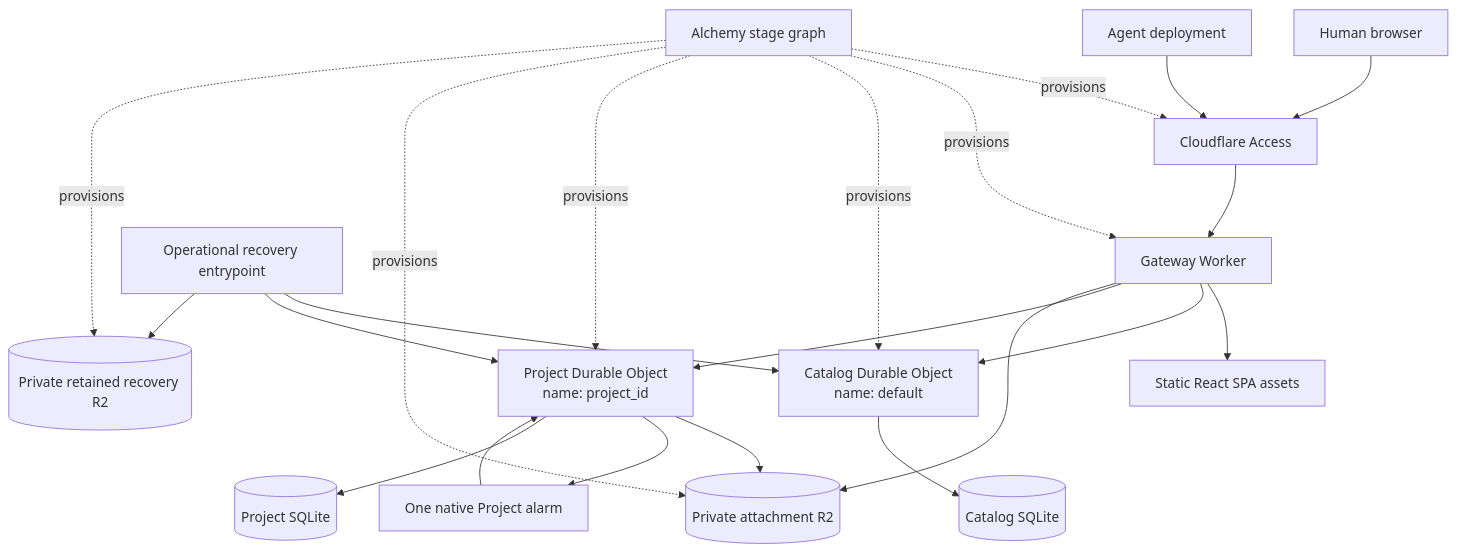
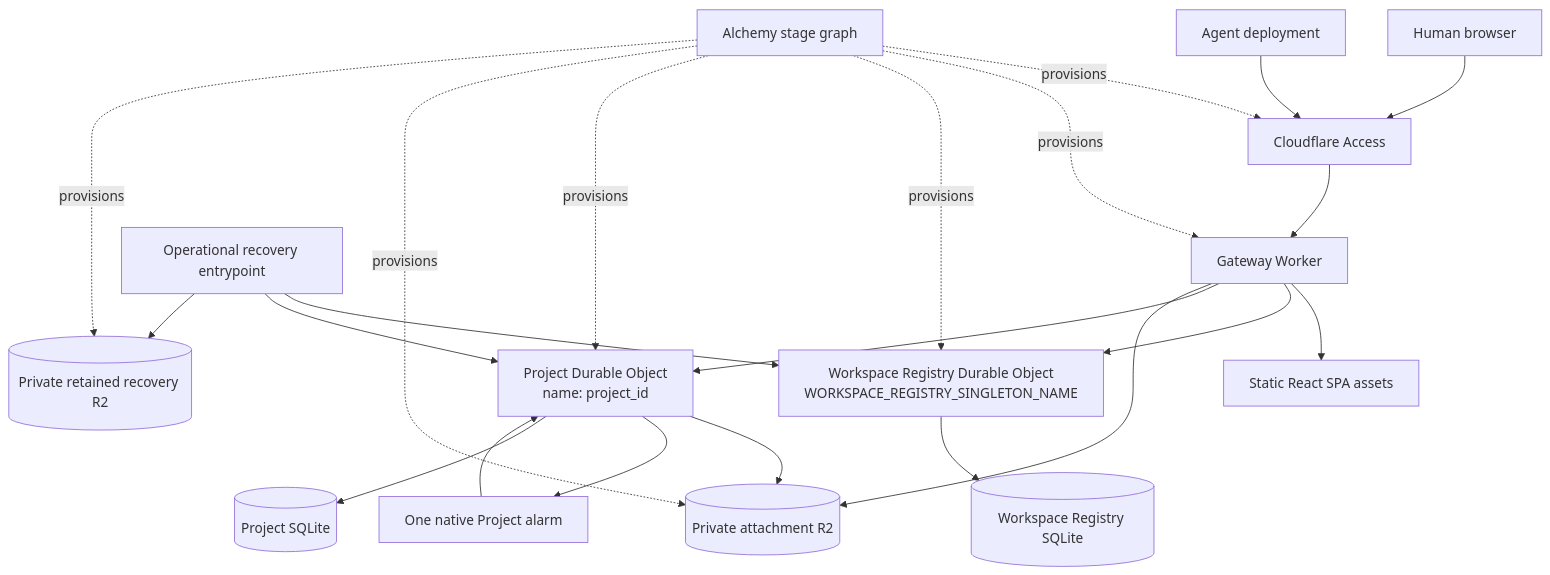
Before and after one commit to dmmulroy/overseer: the first of 6 diagrams in docs/adr/0001-mvp-system-architecture.md, drawn with Mermaid. The commit also changed other lines of this file and 103 other files, not shown here.

````diff
--- a/docs/adr/0001-mvp-system-architecture.md
+++ b/docs/adr/0001-mvp-system-architecture.md
@@ -49,24 +49,24 @@
 ```mermaid
 flowchart TB
   Human[Human browser] --> Access[Cloudflare Access]
   Agent[Agent deployment] --> Access
   Access --> Gateway[Gateway Worker]
   Gateway --> Assets[Static React SPA assets]
-  Gateway --> Catalog[Catalog Durable Object\nname: default]
+  Gateway --> WorkspaceRegistry[Workspace Registry Durable Object\nWORKSPACE_REGISTRY_SINGLETON_NAME]
   Gateway --> Project[Project Durable Object\nname: project_id]
   Gateway --> Attachments[(Private attachment R2)]
   Project --> Attachments
   Project --> Alarm[One native Project alarm]
   Alarm --> Project
-  Operations[Operational recovery entrypoint] --> Catalog
+  Operations[Operational recovery entrypoint] --> WorkspaceRegistry
   Operations --> Project
   Operations --> Recovery[(Private retained recovery R2)]
-  Catalog --> CatalogSql[(Catalog SQLite)]
+  WorkspaceRegistry --> WorkspaceRegistrySql[(Workspace Registry SQLite)]
   Project --> ProjectSql[(Project SQLite)]
   Alchemy[Alchemy stage graph] -. provisions .-> Access
   Alchemy -. provisions .-> Gateway
-  Alchemy -. provisions .-> Catalog
+  Alchemy -. provisions .-> WorkspaceRegistry
   Alchemy -. provisions .-> Project
   Alchemy -. provisions .-> Attachments
   Alchemy -. provisions .-> Recovery
 ```
````
